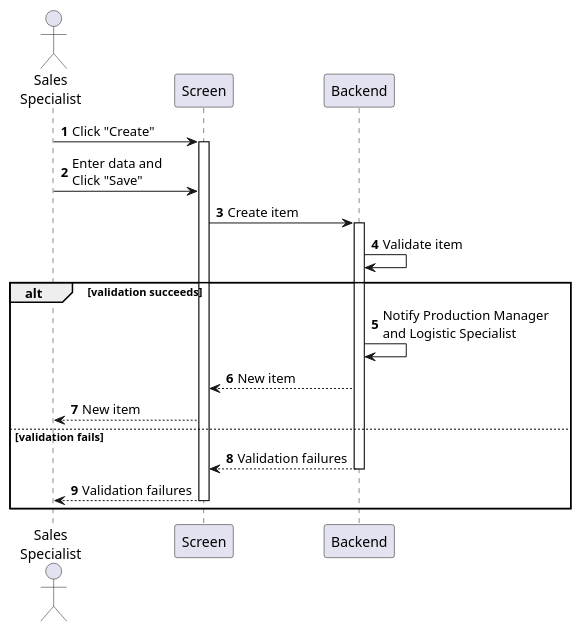
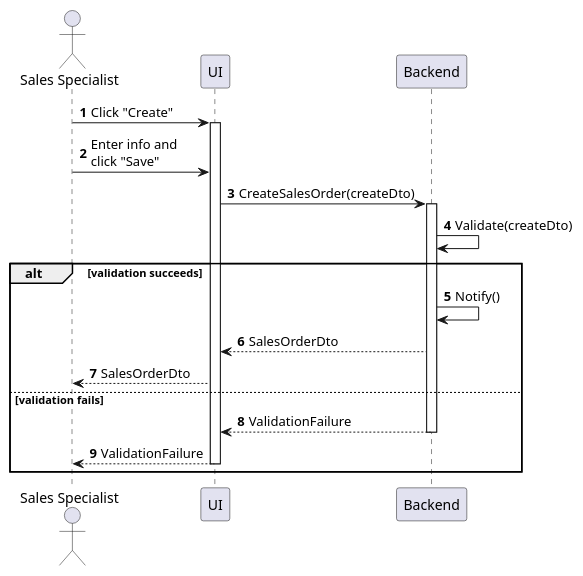
The diagram in sequences/sales-order-create.plantuml (phihungha/scmss-reqs), drawn with PlantUML before and after one commit. The commit also changed 17 other files, not shown here.

Commit message:
Improve sales sequences

```diff
--- a/sequences/sales-order-create.plantuml
+++ b/sequences/sales-order-create.plantuml
@@ -1,23 +1,23 @@
 @startuml sales-order-create
 autonumber
 
-actor "Sales\nSpecialist" as a
-participant Screen as f
+actor "Sales Specialist" as a
+participant UI as f
 participant Backend as b
 
 a -> f : Click "Create"
 activate f
-a -> f : Enter data and\nClick "Save"
-f -> b : Create item
+a -> f : Enter info and\nclick "Save"
+f -> b : CreateSalesOrder(createDto)
 activate b
-b -> b : Validate item
+b -> b : Validate(createDto)
 
 alt validation succeeds
-    b -> b : Notify Production Manager\nand Logistic Specialist
-    b --> f : New item
-    f --> a : New item
+    b -> b : Notify()
+    b --> f : SalesOrderDto
+    f --> a : SalesOrderDto
 else validation fails
-    return Validation failures
-    return Validation failures
+    return ValidationFailure
+    return ValidationFailure
 end
 @enduml
```
